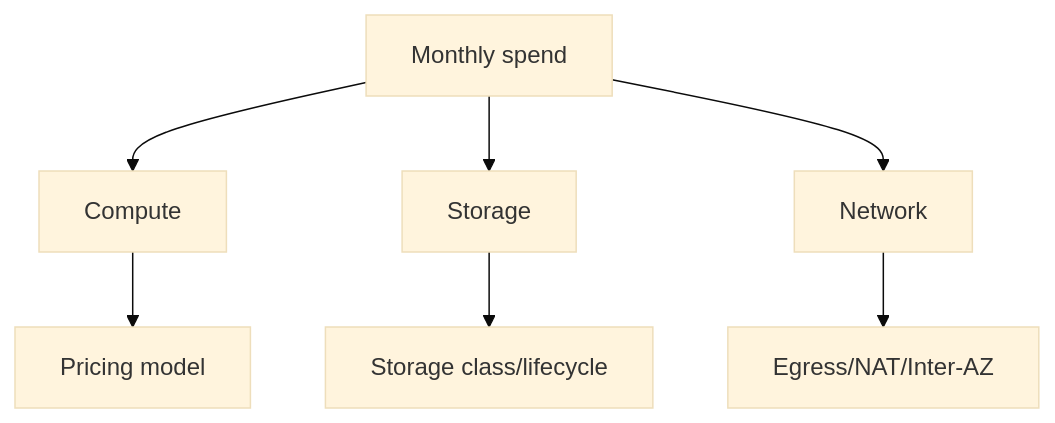
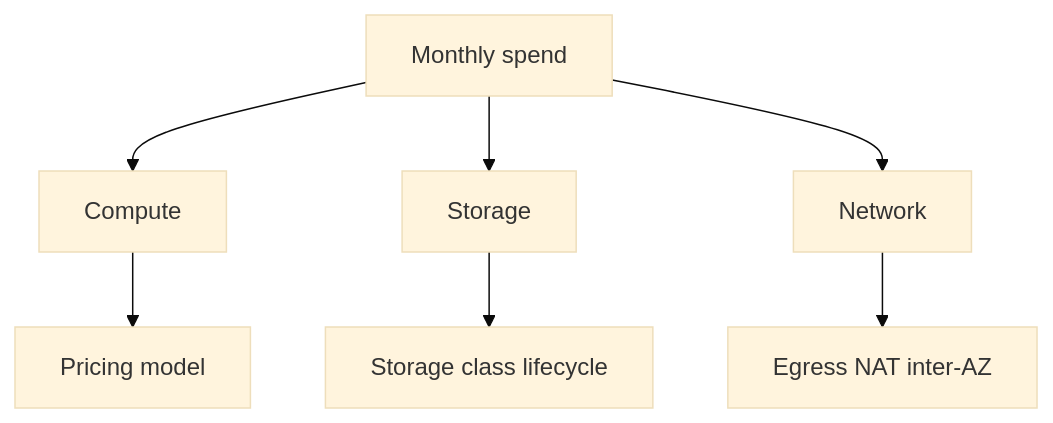
Before and after one commit to niceguy61/aws-saa-lecture-2026: the diagram in aws-saa/week04-domain04-cost-optimized-architectures/day01/01-theory.md, drawn with Mermaid (base theme). The commit also changed other lines of this file and 9 other files, not shown here.

Commit message:
Normalize mermaid labels to avoid special-char parse issues

````diff
--- a/aws-saa/week04-domain04-cost-optimized-architectures/day01/01-theory.md
+++ b/aws-saa/week04-domain04-cost-optimized-architectures/day01/01-theory.md
@@ -25,9 +25,9 @@
 ```mermaid
 flowchart TB
   Spend[Monthly spend] --> C[Compute]
   Spend --> S[Storage]
   Spend --> N[Network]
   C --> Model[Pricing model]
-  S --> Class[Storage class/lifecycle]
-  N --> Transfer[Egress/NAT/Inter-AZ]
+  S --> Class[Storage class lifecycle]
+  N --> Transfer[Egress NAT inter-AZ]
 ```
````
